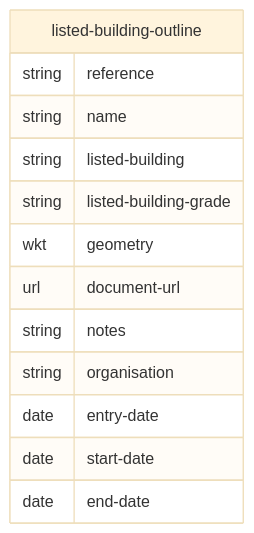
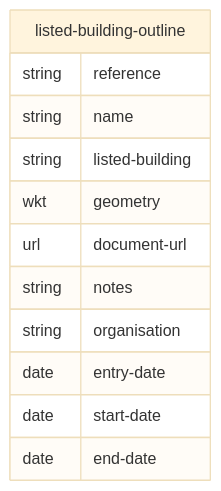
The diagram in docs/mermaid/listed-building.md (digital-land/specification), drawn with Mermaid (base theme) before and after one commit. The commit also changed 9 other files, not shown here.

````diff
--- a/docs/mermaid/listed-building.md
+++ b/docs/mermaid/listed-building.md
@@ -4,16 +4,15 @@
 ```mermaid
 erDiagram
     listed-building-outline {
         string reference
         string name
         string listed-building
-        string listed-building-grade
         wkt geometry
         url document-url
         string notes
         string organisation
         date entry-date
         date start-date
         date end-date
     }
 ```
````
